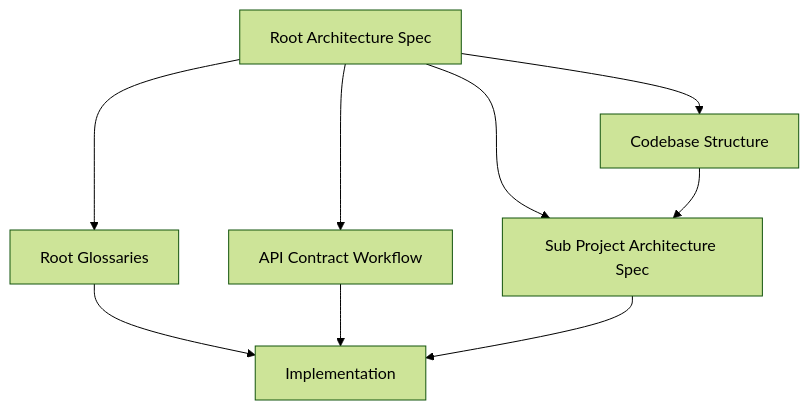
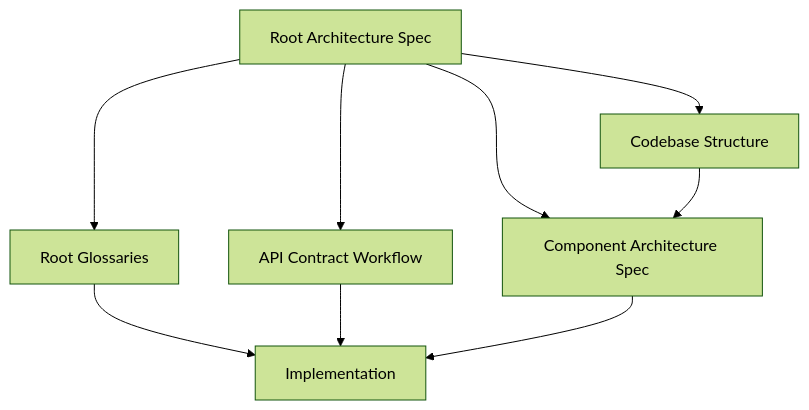
One commit to maple52046/swallow changed the diagram in docs/development/architecture-spec.md. Above: the diagram before and after it, drawn with Mermaid (forest theme). The commit also changed other lines of this file and 155 other files, not shown here.

````diff
--- a/docs/development/architecture-spec.md
+++ b/docs/development/architecture-spec.md
@@ -148,18 +148,18 @@
 ```mermaid
 flowchart TB
     rootSpec["Root Architecture Spec"]
     codebaseStructure["Codebase Structure"]
     glossaryIndex["Root Glossaries"]
     apiContractIndex["API Contract Workflow"]
-    subProjectSpec["Sub Project Architecture Spec"]
+    componentSpec["Component Architecture Spec"]
     implementation["Implementation"]
 
     rootSpec --> codebaseStructure
     rootSpec --> glossaryIndex
     rootSpec --> apiContractIndex
-    rootSpec --> subProjectSpec
-    codebaseStructure --> subProjectSpec
+    rootSpec --> componentSpec
+    codebaseStructure --> componentSpec
     glossaryIndex --> implementation
     apiContractIndex --> implementation
-    subProjectSpec --> implementation
+    componentSpec --> implementation
 ```
````
